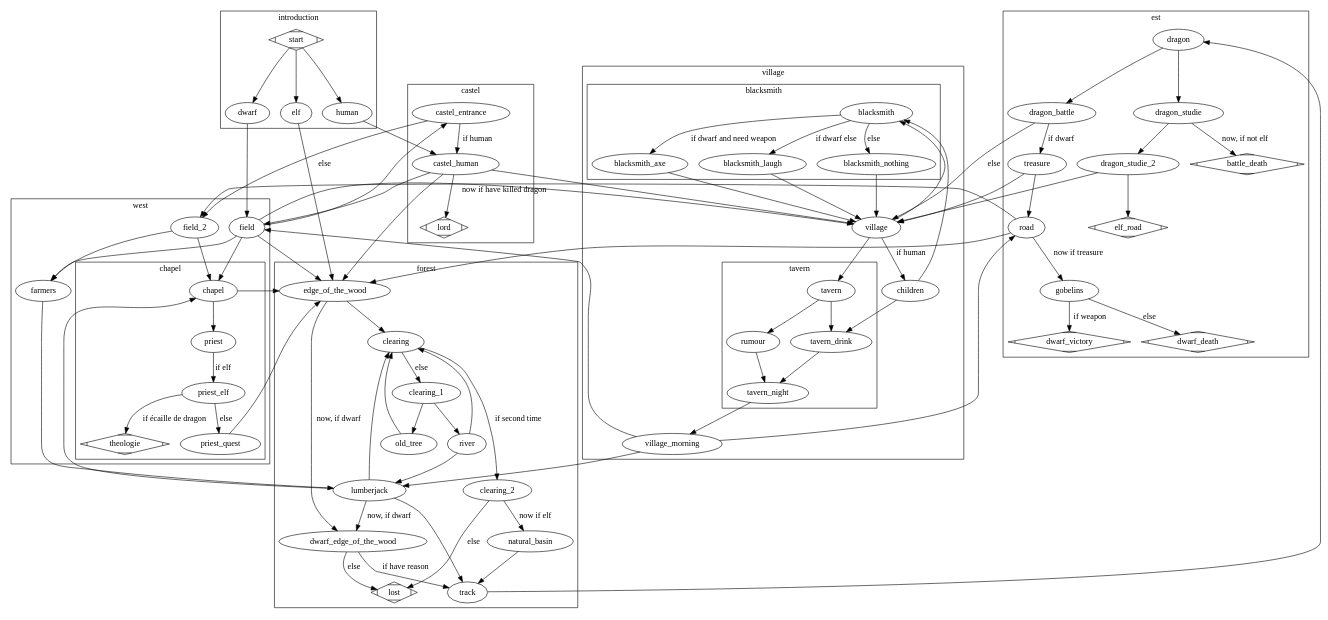
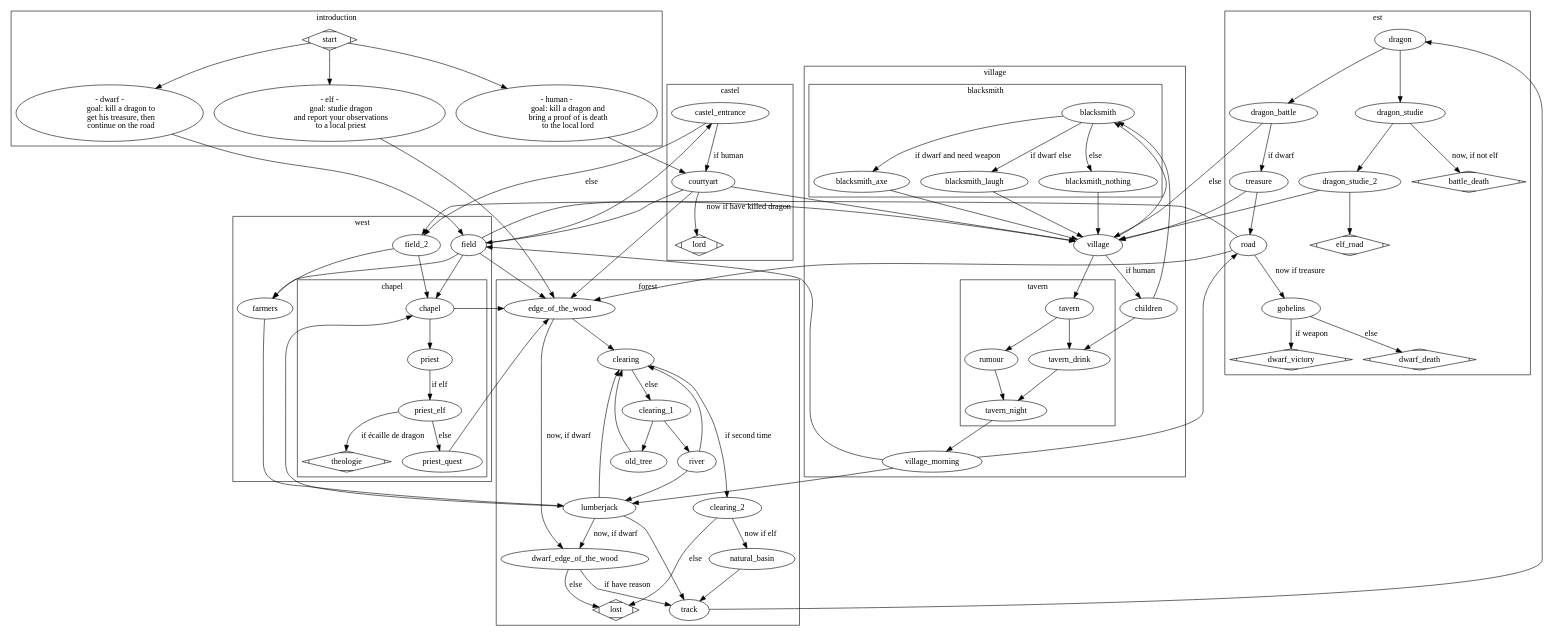
One commit to robinmoussu/story changed the diagram in story.dot. Above: the diagram before and after it, drawn with Graphviz.

Commit message:
update graph

```diff
--- a/story.dot
+++ b/story.dot
@@ -1,166 +1,178 @@
 digraph G {
     compound=true;
     subgraph cluster0 {
         label = introduction;
         start [shape=Mdiamond];
         elf;
         dwarf;
         human;
 
+        elf [label="- elf -
+            goal: studie dragon
+            and report your observations
+            to a local priest"]
+        human [label="- human -
+            goal: kill a dragon and
+            bring a proof of is death
+            to the local lord"]
+        dwarf [label="- dwarf -
+            goal: kill a dragon to
+            get his treasure, then
+            continue on the road"]
         start -> dwarf, elf, human;
     }
 
     subgraph cluster1 {
         label = village
         village;
         village_morning;
         children;
         
         subgraph cluster5 {
             label = blacksmith;
             blacksmith;
             blacksmith_axe;
             blacksmith_laugh;
             blacksmith_nothing;
         }
 
         subgraph cluster6 {
             label = tavern;
             tavern;
             rumour;
             tavern_night;
             tavern_drink;
         }
 
         village -> blacksmith, tavern;
         village -> children [label="if human"];
         children -> tavern_drink, blacksmith;
 
         blacksmith -> blacksmith_axe [label="if dwarf and need weapon"];
         blacksmith -> blacksmith_laugh [label="if dwarf else"];
         blacksmith -> blacksmith_nothing [label="else"];
 
         blacksmith_axe -> village;
         blacksmith_laugh -> village;
         blacksmith_nothing -> village;
 
         tavern -> rumour,tavern_drink;
         tavern_drink -> tavern_night;
         rumour -> tavern_night;
         tavern_night -> village_morning;
     }
 
     subgraph cluster2 {
         label = west;
         village;
         field;
         field_2;
         farmers;
 
         subgraph cluster7 {
             label=chapel;
             chapel;
             priest;
             priest_elf;
             priest_quest;
             theologie [shape=Mdiamond];
         }
 
         field -> farmers;
         field -> chapel;
         field_2 -> farmers;
         field_2 -> chapel;
         chapel -> priest;
         priest -> priest_elf [label="if elf"];
         priest_elf -> theologie [label="if écaille de dragon"];
         priest_elf -> priest_quest [label="else"];
     }
 
     subgraph cluster3 {
         label = forest;
         edge_of_the_wood;
         dwarf_edge_of_the_wood;
         clearing;
         clearing_1;
         clearing_2;
         natural_basin;
         track;
         river;
         old_tree;
         lost [shape=Mdiamond];
         lumberjack;
 
         lumberjack -> dwarf_edge_of_the_wood [label="now, if dwarf"];
         lumberjack -> clearing;
         lumberjack -> track;
         clearing -> clearing_2 [label="if second time"];
         clearing -> clearing_1 [label="else"];
         clearing_1 -> river, old_tree;
         clearing_2 -> natural_basin [label="now if elf"];
         clearing_2 -> lost [label="else"];
         natural_basin -> track;
         river -> lumberjack, clearing;
         old_tree -> clearing;
     }
 
     subgraph cluster4 {
         label = est;
         dragon;
         dragon_battle;
         dragon_studie;
         dragon_studie_2;
         road;
         elf_road [shape=Mdiamond];
         gobelins;
         treasure;
         dwarf_victory [shape=Mdiamond];
         dwarf_death [shape=Mdiamond];
         battle_death [shape=Mdiamond];
 
         dragon -> dragon_battle, dragon_studie;
         dragon_battle -> village [label=else];
         dragon_battle -> treasure [label="if dwarf"];
         dragon_studie -> battle_death [label="now, if not elf"];
     }
 
     subgraph cluster8 {
         label=castel;
         castel_entrance;
-        castel_human;
+        courtyart;
         lord [shape=Mdiamond];
 
-        castel_entrance -> castel_human [label="if human"];
-        castel_human -> lord [label="now if have killed dragon"];
+        castel_entrance -> courtyart [label="if human"];
+        courtyart -> lord [label="now if have killed dragon"];
     }
 
     castel_entrance -> field_2 [label="else"];
-    castel_human -> field, village, edge_of_the_wood;
+    courtyart -> field, village, edge_of_the_wood;
 
-    human -> castel_human;
+    human -> courtyart;
     elf -> edge_of_the_wood;
     dwarf -> field;
 
     field -> edge_of_the_wood, village, castel_entrance;
     edge_of_the_wood -> clearing;
     edge_of_the_wood -> dwarf_edge_of_the_wood [label="now, if dwarf"];
 
     dwarf_edge_of_the_wood -> track [label="if have reason"];
     dwarf_edge_of_the_wood -> lost [label="else"];
 
     track -> dragon;
     dragon_studie -> dragon_studie_2;
     dragon_studie_2 -> village, elf_road;
 
     treasure -> village, road;
     road -> gobelins [label="now if treasure"];
     road -> edge_of_the_wood, field_2;
     gobelins -> dwarf_victory [label="if weapon"];
     gobelins -> dwarf_death [label="else"];
 
     village_morning -> field, lumberjack, road;
 
     chapel -> edge_of_the_wood;
     farmers -> lumberjack;
     priest_quest -> edge_of_the_wood;
     lumberjack -> chapel;
 }
```
